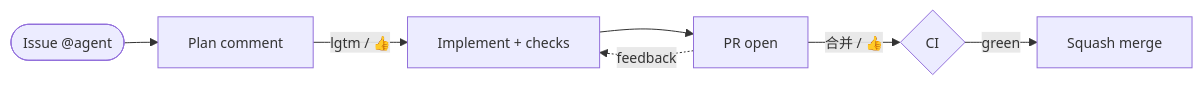
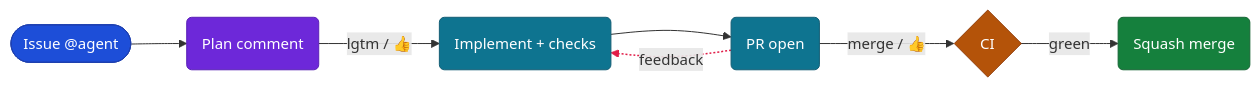
The diagram in README.md (solla-h/gh-issue-killer), drawn with Mermaid before and after one commit. The commit also changed 1 other file, not shown here.

Commit message:
docs(readme): restyle the workflow mermaid diagrams (#41)
The workflow diagram used mermaid's default theme: pale boxes with thin
borders, and the dashed feedback edge sat right on top of the
`merge / 👍` label next to it. The English README also still carried the
Chinese `合并` label.

Colour the nodes by stage (trigger pill, plan, implementation/PR, CI
decision, merge), keep solid fills with white text so both of GitHub's
themes stay readable, and widen nodeSpacing/rankSpacing so the feedback
loop and its label no longer crowd the merge edge. The topology and the
single-row strip are unchanged.

The feedback edge is tinted through linkStyle; if GitHub drops that
inline style it simply stays dashed, so the diagram cannot fail to render.

````diff
--- a/README.md
+++ b/README.md
@@ -13,10 +13,25 @@
 ```mermaid
-%%{init: {"themeVariables": {"fontSize": "14px"}, "flowchart": {"nodeSpacing": 20, "rankSpacing": 34}}}%%
+%%{init: {"themeVariables": {"fontSize": "15px"}, "flowchart": {"nodeSpacing": 64, "rankSpacing": 56}}}%%
 flowchart LR
-    A(["Issue @agent"]) --> B["Plan comment"]
-    B -- "lgtm / 👍" --> C["Implement + checks"]
-    C --> D["PR open"]
+    A(["Issue @agent"]) --> B("Plan comment")
+    B -- "lgtm / 👍" --> C("Implement + checks")
+    C --> D("PR open")
     D -. "feedback" .-> C
-    D -- "合并 / 👍" --> E{"CI"}
-    E -- "green" --> F["Squash merge"]
+    D -- "merge / 👍" --> E{"CI"}
+    E -- "green" --> F("Squash merge")
+
+    classDef trigger fill:#1d4ed8,stroke:#1e40af,color:#ffffff
+    classDef plan fill:#6d28d9,stroke:#5b21b6,color:#ffffff
+    classDef work fill:#0e7490,stroke:#155e75,color:#ffffff
+    classDef ci fill:#b45309,stroke:#92400e,color:#ffffff
+    classDef done fill:#15803d,stroke:#166534,color:#ffffff
+
+    class A trigger
+    class B plan
+    class C,D work
+    class E ci
+    class F done
+
+    %% the dashed back edge (4th declared link) is the feedback loop
+    linkStyle 3 stroke:#e11d48,stroke-width:1.5px
 ```
````
